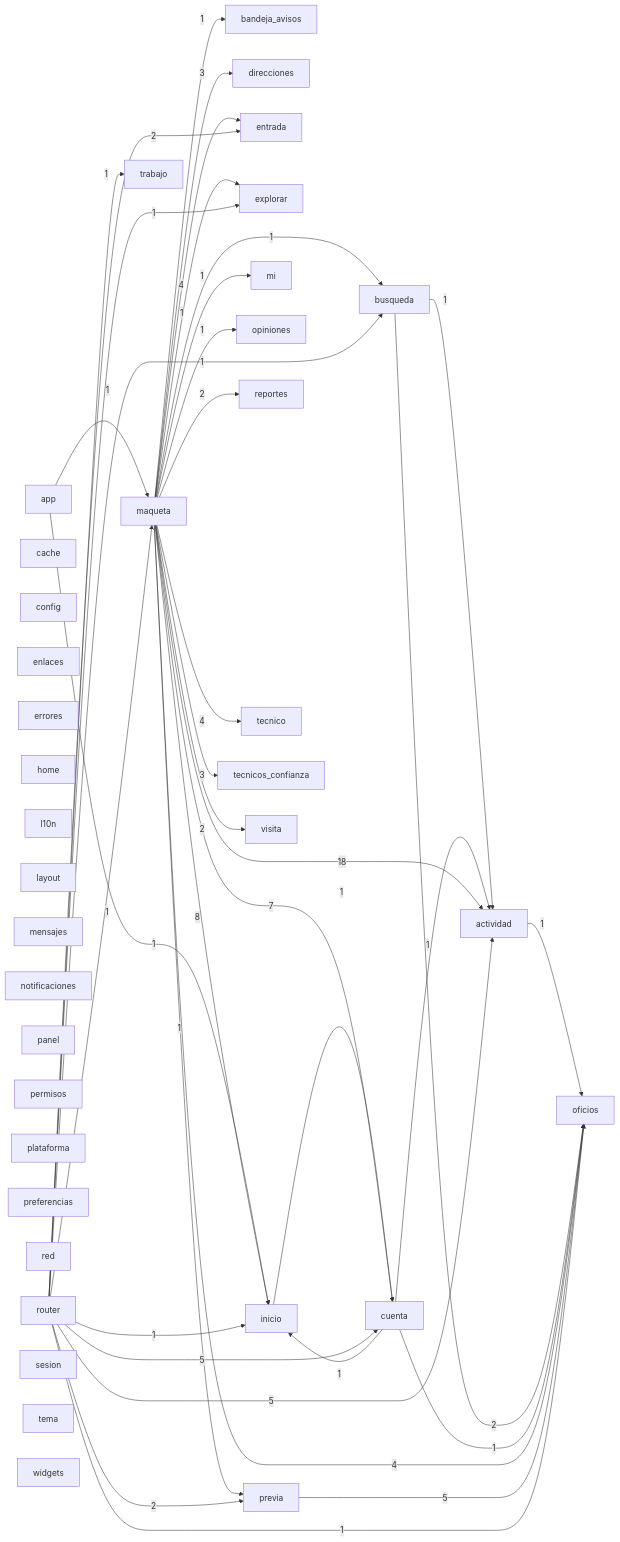
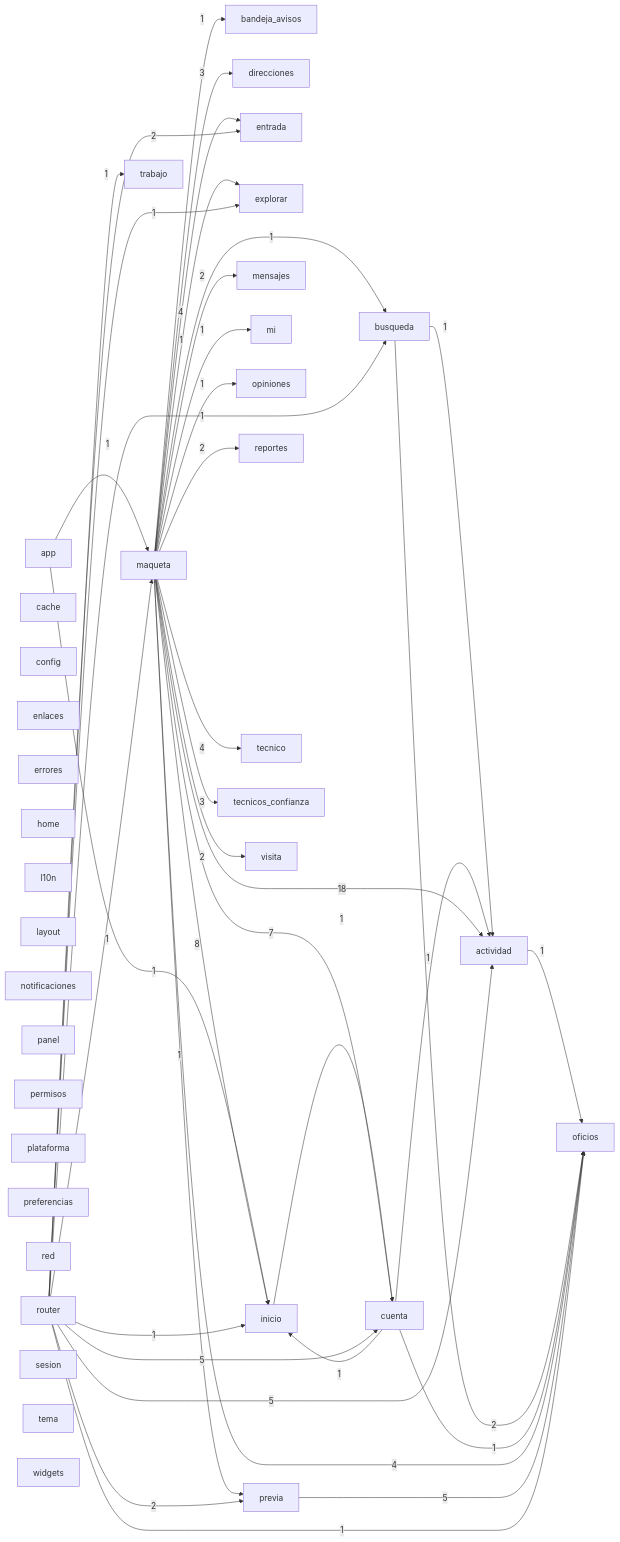
One commit to Tensei-Devs/knock-frontend changed the diagram in docs/architecture/modules.mmd. Above: the diagram before and after it, drawn with Mermaid. The commit also changed 19 other files, not shown here.

```diff
--- a/docs/architecture/modules.mmd
+++ b/docs/architecture/modules.mmd
@@ -1,74 +1,75 @@
 graph LR
   actividad["actividad"]
   app["app"]
   bandeja_avisos["bandeja_avisos"]
   busqueda["busqueda"]
   cache["cache"]
   config["config"]
   cuenta["cuenta"]
   direcciones["direcciones"]
   enlaces["enlaces"]
   entrada["entrada"]
   errores["errores"]
   explorar["explorar"]
   home["home"]
   inicio["inicio"]
   l10n["l10n"]
   layout["layout"]
   maqueta["maqueta"]
   mensajes["mensajes"]
   mi["mi"]
   notificaciones["notificaciones"]
   oficios["oficios"]
   opiniones["opiniones"]
   panel["panel"]
   permisos["permisos"]
   plataforma["plataforma"]
   preferencias["preferencias"]
   previa["previa"]
   red["red"]
   reportes["reportes"]
   router["router"]
   sesion["sesion"]
   tecnico["tecnico"]
   tecnicos_confianza["tecnicos_confianza"]
   tema["tema"]
   trabajo["trabajo"]
   visita["visita"]
   widgets["widgets"]
   actividad -->|1| oficios
   app -->|1| inicio
   app -->|1| maqueta
   busqueda -->|1| actividad
   busqueda -->|2| oficios
   cuenta -->|1| actividad
   cuenta -->|1| inicio
   cuenta -->|1| oficios
   inicio -->|1| cuenta
   maqueta -->|18| actividad
   maqueta -->|1| bandeja_avisos
   maqueta -->|1| busqueda
   maqueta -->|7| cuenta
   maqueta -->|3| direcciones
   maqueta -->|4| entrada
   maqueta -->|1| explorar
   maqueta -->|8| inicio
+  maqueta -->|2| mensajes
   maqueta -->|1| mi
   maqueta -->|4| oficios
   maqueta -->|1| opiniones
   maqueta -->|1| previa
   maqueta -->|2| reportes
   maqueta -->|4| tecnico
   maqueta -->|3| tecnicos_confianza
   maqueta -->|2| visita
   previa -->|5| oficios
   router -->|5| actividad
   router -->|1| busqueda
   router -->|5| cuenta
   router -->|2| entrada
   router -->|1| explorar
   router -->|1| inicio
   router -->|1| maqueta
   router -->|1| oficios
   router -->|2| previa
   router -->|1| trabajo
```
